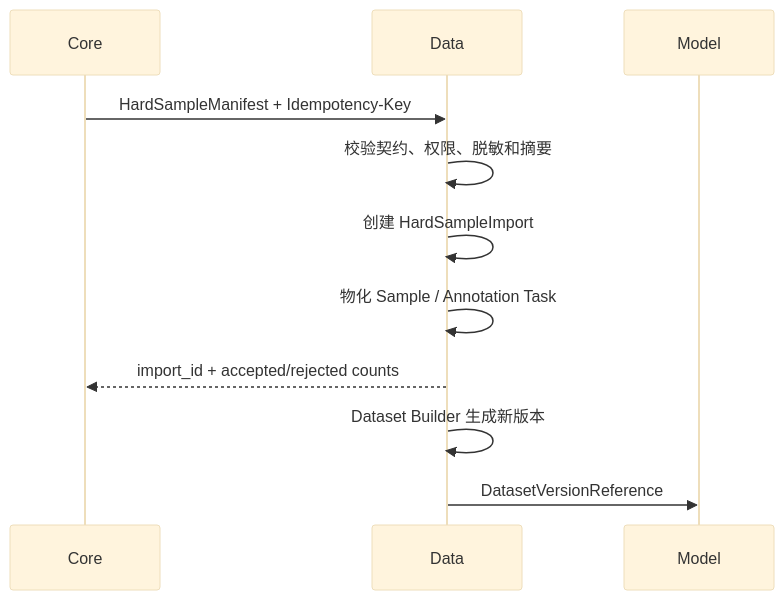
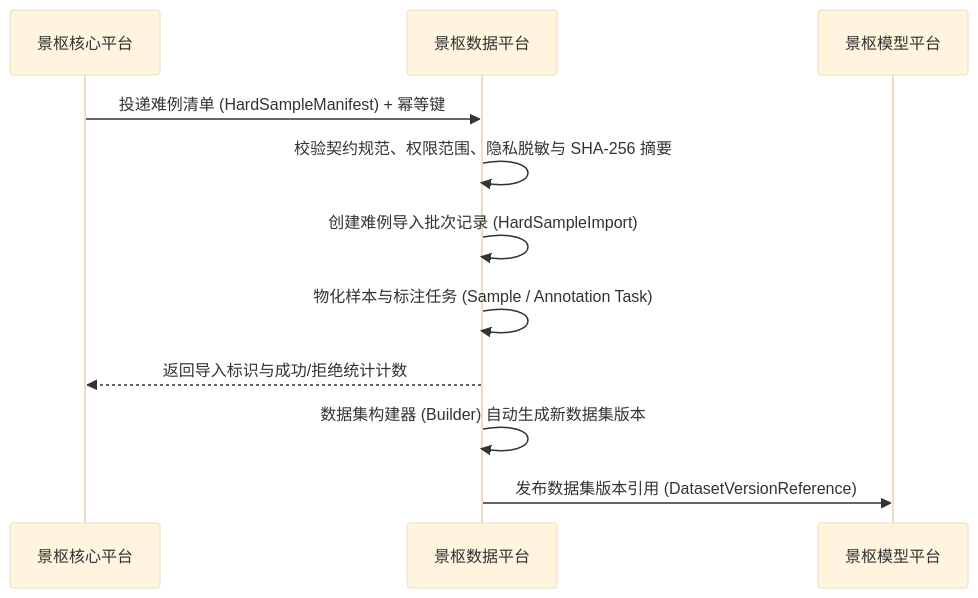
One commit to jeja2023/scenara-data changed the second of 2 diagrams in 景枢数据管理平台承接与续建开发指南.md. Above: the diagram before and after it, drawn with Mermaid (base theme). The commit also changed other lines of this file and 13 other files, not shown here.

````diff
--- a/景枢数据管理平台承接与续建开发指南.md
+++ b/景枢数据管理平台承接与续建开发指南.md
@@ -503,13 +332,13 @@
 ```mermaid
 sequenceDiagram
-    participant Core
-    participant Data
-    participant Model
-    Core->>Data: HardSampleManifest + Idempotency-Key
-    Data->>Data: 校验契约、权限、脱敏和摘要
-    Data->>Data: 创建 HardSampleImport
-    Data->>Data: 物化 Sample / Annotation Task
-    Data-->>Core: import_id + accepted/rejected counts
-    Data->>Data: Dataset Builder 生成新版本
-    Data->>Model: DatasetVersionReference
+    participant Core as 景枢核心平台
+    participant Data as 景枢数据平台
+    participant Model as 景枢模型平台
+    Core->>Data: 投递难例清单 (HardSampleManifest) + 幂等键
+    Data->>Data: 校验契约规范、权限范围、隐私脱敏与 SHA-256 摘要
+    Data->>Data: 创建难例导入批次记录 (HardSampleImport)
+    Data->>Data: 物化样本与标注任务 (Sample / Annotation Task)
+    Data-->>Core: 返回导入标识与成功/拒绝统计计数
+    Data->>Data: 数据集构建器 (Builder) 自动生成新数据集版本
+    Data->>Model: 发布数据集版本引用 (DatasetVersionReference)
 ```
````
